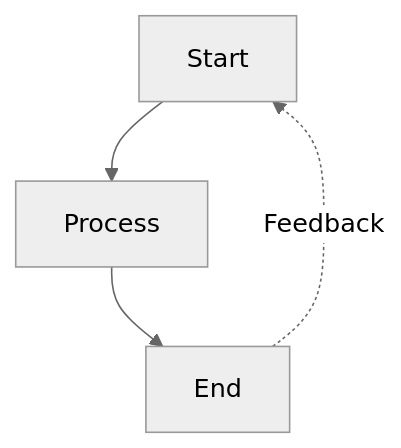
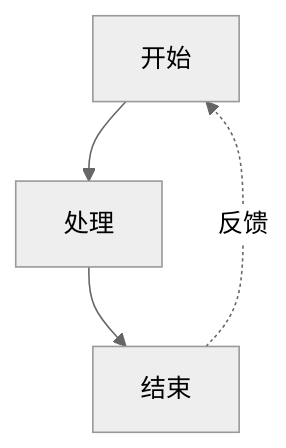
One commit to liu-qingyuan/skills-sync-lqy changed the second of 3 diagrams in skills/lqy-curated/mermaid-visualizer/SKILL.md. Above: the diagram before and after it, drawn with Mermaid (neutral theme). The commit also changed other lines of this file and 1 other file, not shown here.

Commit message:
feat(mermaid-visualizer): localize skill to Chinese

````diff
--- a/skills/lqy-curated/mermaid-visualizer/SKILL.md
+++ b/skills/lqy-curated/mermaid-visualizer/SKILL.md
@@ -244,6 +273,6 @@
 ```mermaid
 graph TB
-    A[Start] --> B[Process]
-    B --> C[End]
-    C -.->|Feedback| A
+    A[开始] --> B[处理]
+    B --> C[结束]
+    C -.->|反馈| A
 ```
````
